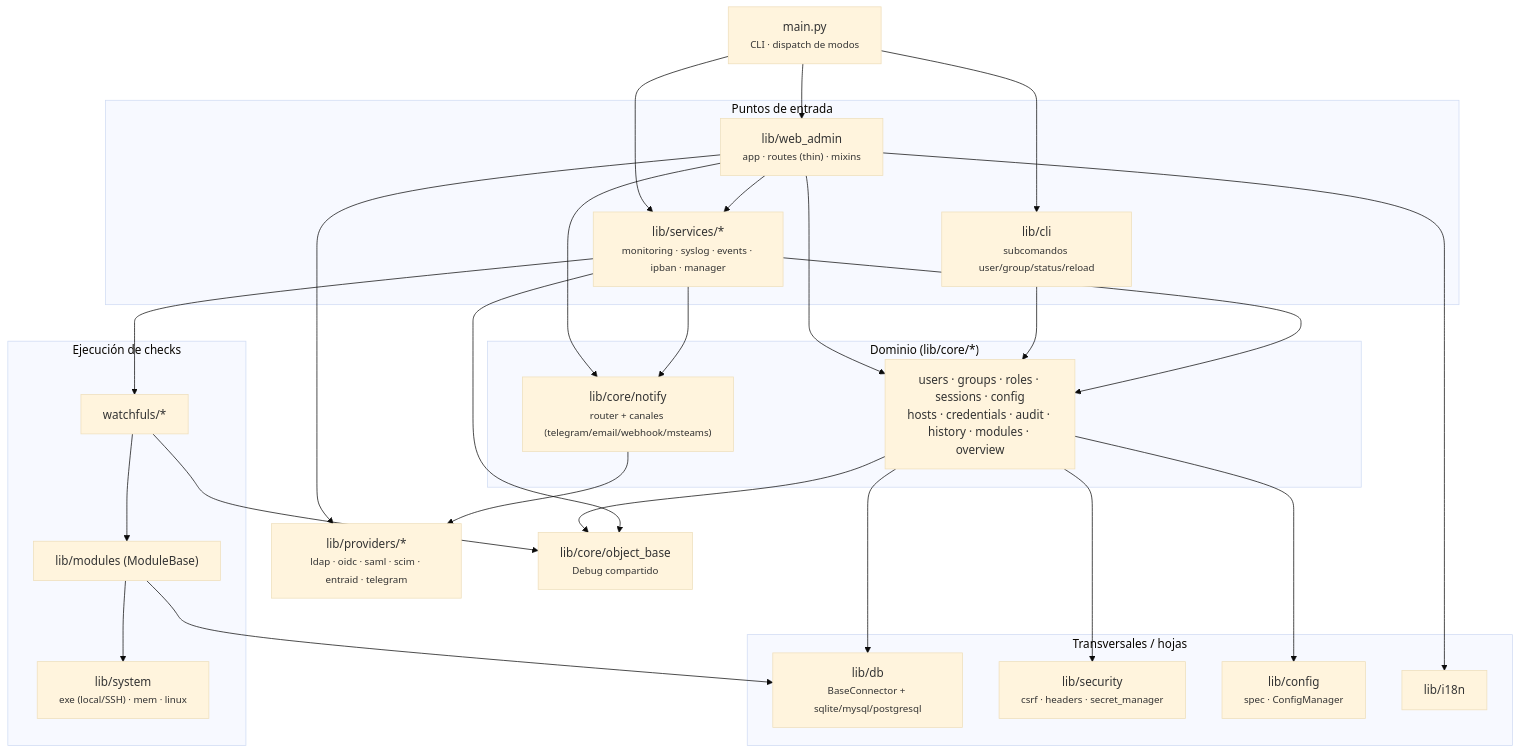
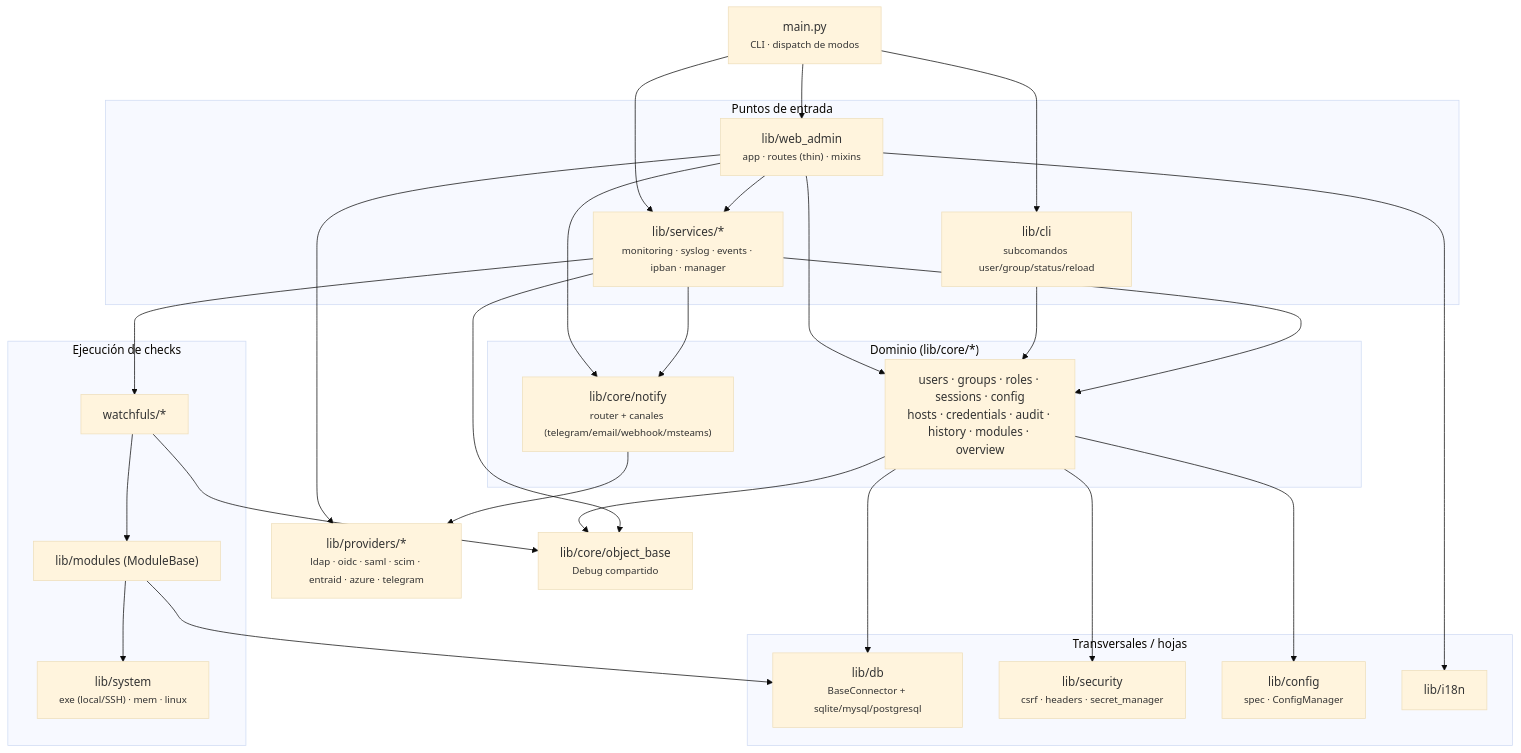
The second of 6 diagrams in docs/explica-arquitectura.md (vsc55/ServiceSentry), drawn with Mermaid (base theme) before and after one commit. The commit also changed other lines of this file and 67 other files, not shown here.

````diff
--- a/docs/explica-arquitectura.md
+++ b/docs/explica-arquitectura.md
@@ -39,55 +39,55 @@
 ```mermaid
 flowchart TD
     main["main.py<br/><small>CLI · dispatch de modos</small>"]
 
     subgraph entrypoints["Puntos de entrada"]
         web["lib/web_admin<br/><small>app · routes (thin) · mixins</small>"]
         svc["lib/services/*<br/><small>monitoring · syslog · events · ipban · manager</small>"]
         cli["lib/cli<br/><small>subcomandos user/group/status/reload</small>"]
     end
     main --> web
     main --> svc
     main --> cli
 
     subgraph domain["Dominio (lib/core/*)"]
         core["users · groups · roles · sessions · config<br/>hosts · credentials · audit · history · modules · overview"]
         notify["lib/core/notify<br/><small>router + canales (telegram/email/webhook/msteams)</small>"]
     end
 
-    prov["lib/providers/*<br/><small>ldap · oidc · saml · scim · entraid · telegram</small>"]
+    prov["lib/providers/*<br/><small>ldap · oidc · saml · scim · entraid · azure · telegram</small>"]
 
     subgraph checks["Ejecución de checks"]
         watch["watchfuls/*"]
         modbase["lib/modules (ModuleBase)"]
         system["lib/system<br/><small>exe (local/SSH) · mem · linux</small>"]
     end
 
     subgraph leaves["Transversales / hojas"]
         db["lib/db<br/><small>BaseConnector + sqlite/mysql/postgresql</small>"]
         sec["lib/security<br/><small>csrf · headers · secret_manager</small>"]
         cfg["lib/config<br/><small>spec · ConfigManager</small>"]
         i18n["lib/i18n"]
     end
 
     base["lib/core/object_base<br/><small>Debug compartido</small>"]
 
     web --> core
     web --> notify
     web --> prov
     web --> svc
     web --> i18n
     cli --> core
     svc --> core
     svc --> notify
     core --> db
     core --> sec
     core --> cfg
     notify --> prov
     svc --> watch
     watch --> modbase
     modbase --> system
     modbase --> db
     core --> base
     svc --> base
     watch --> base
 ```
````
